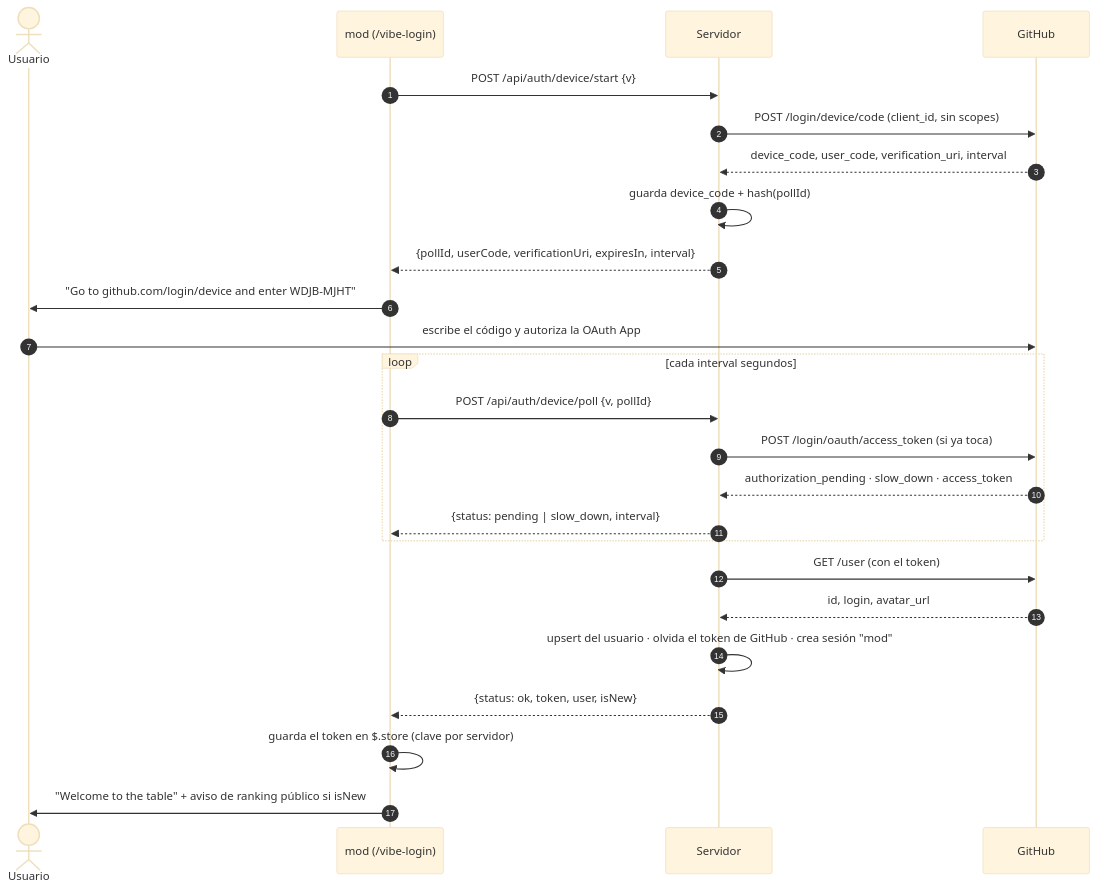
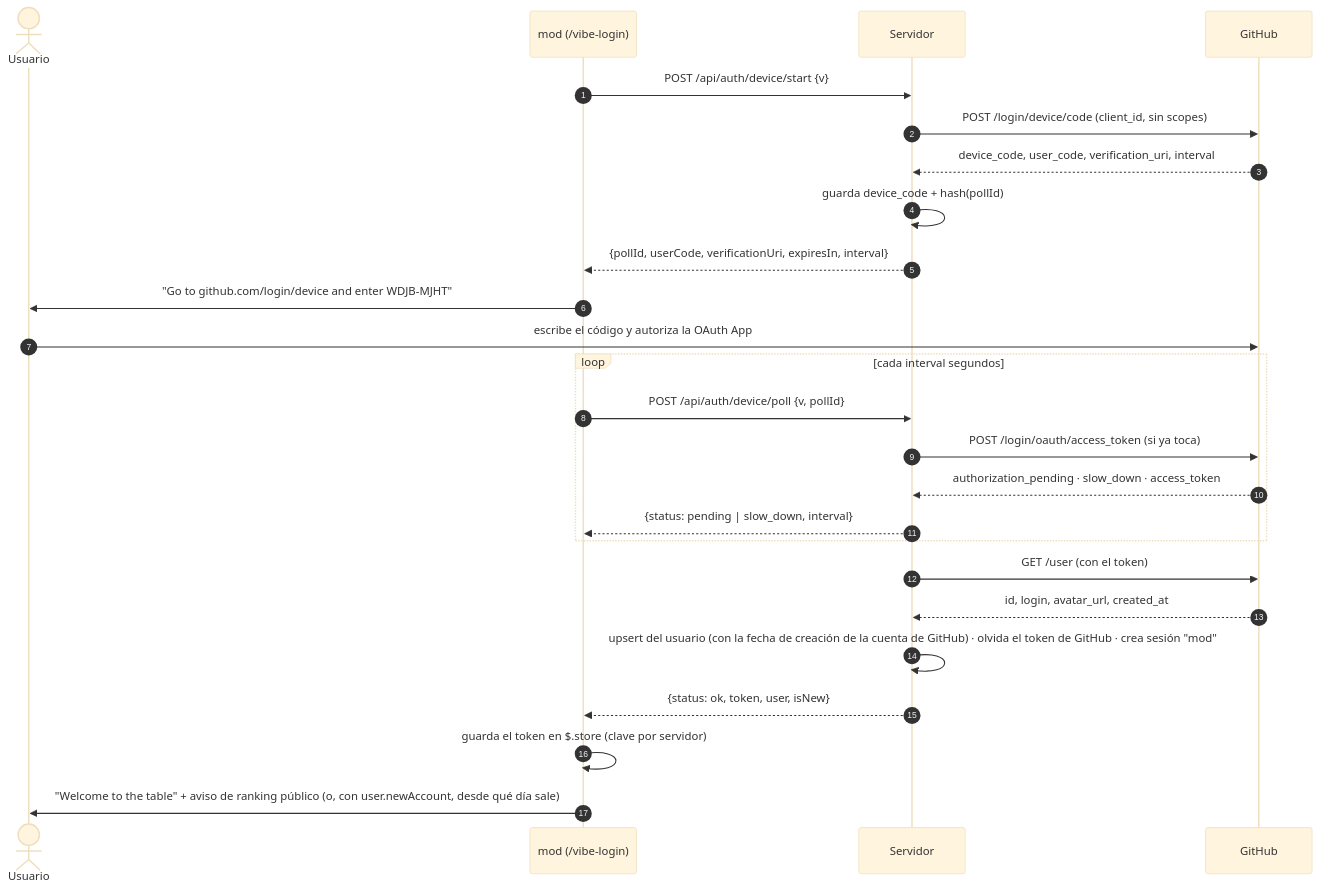
One commit to Aimarmndz/vibe-gambling changed the fourth of 6 diagrams in docs/ARQUITECTURA.md. Above: the diagram before and after it, drawn with Mermaid (base theme). The commit also changed other lines of this file and 7 other files, not shown here.

````diff
--- a/docs/ARQUITECTURA.md
+++ b/docs/ARQUITECTURA.md
@@ -149,28 +153,28 @@
 ```mermaid
 sequenceDiagram
   autonumber
   actor U as Usuario
   participant CC as mod (/vibe-login)
   participant S as Servidor
   participant GH as GitHub
 
   CC->>S: POST /api/auth/device/start {v}
   S->>GH: POST /login/device/code (client_id, sin scopes)
   GH-->>S: device_code, user_code, verification_uri, interval
   S->>S: guarda device_code + hash(pollId)
   S-->>CC: {pollId, userCode, verificationUri, expiresIn, interval}
   CC->>U: "Go to github.com/login/device and enter WDJB-MJHT"
   U->>GH: escribe el código y autoriza la OAuth App
   loop cada interval segundos
     CC->>S: POST /api/auth/device/poll {v, pollId}
     S->>GH: POST /login/oauth/access_token (si ya toca)
     GH-->>S: authorization_pending · slow_down · access_token
     S-->>CC: {status: pending | slow_down, interval}
   end
   S->>GH: GET /user (con el token)
-  GH-->>S: id, login, avatar_url
-  S->>S: upsert del usuario · olvida el token de GitHub · crea sesión "mod"
+  GH-->>S: id, login, avatar_url, created_at
+  S->>S: upsert del usuario (con la fecha de creación de la cuenta de GitHub) · olvida el token de GitHub · crea sesión "mod"
   S-->>CC: {status: ok, token, user, isNew}
   CC->>CC: guarda el token en $.store (clave por servidor)
-  CC->>U: "Welcome to the table" + aviso de ranking público si isNew
+  CC->>U: "Welcome to the table" + aviso de ranking público (o, con user.newAccount, desde qué día sale)
 ```
````
